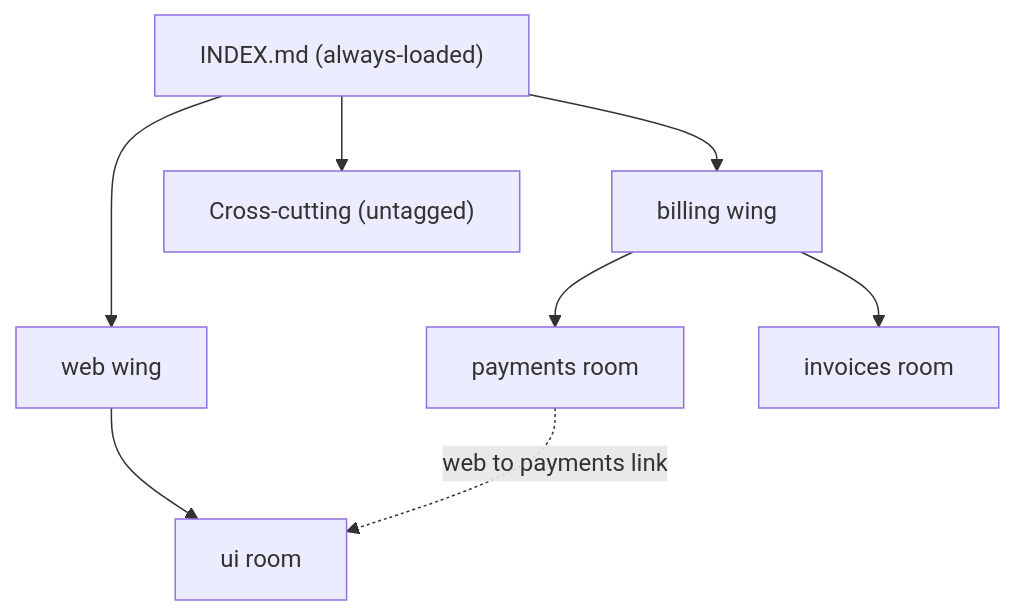
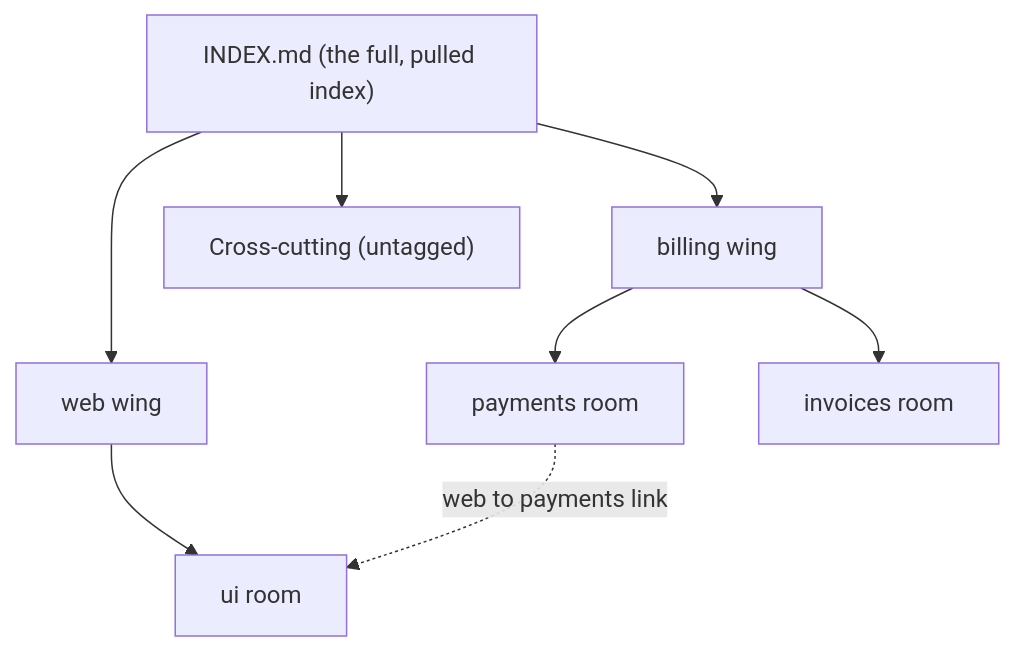
Before and after one commit to Sumit1993/mage-memory: the diagram in docs/src/content/docs/model/graph.md, drawn with Mermaid. The commit also changed other lines of this file and 9 other files, not shown here.

````diff
--- a/docs/src/content/docs/model/graph.md
+++ b/docs/src/content/docs/model/graph.md
@@ -45,11 +53,11 @@
 ```mermaid How the index fans out into wings and rooms: INDEX.md links to each wing (billing, web, and untagged cross-cutting notes), and each wing links to its rooms.
 flowchart TD
-  index["INDEX.md (always-loaded)"]
+  index["INDEX.md (the full, pulled index)"]
   index --> billing["billing wing"]
   index --> web["web wing"]
   index --> cross["Cross-cutting (untagged)"]
   billing --> pay["payments room"]
   billing --> inv["invoices room"]
   web --> ui["ui room"]
   pay -. "web to payments link" .-> ui
 ```
````
